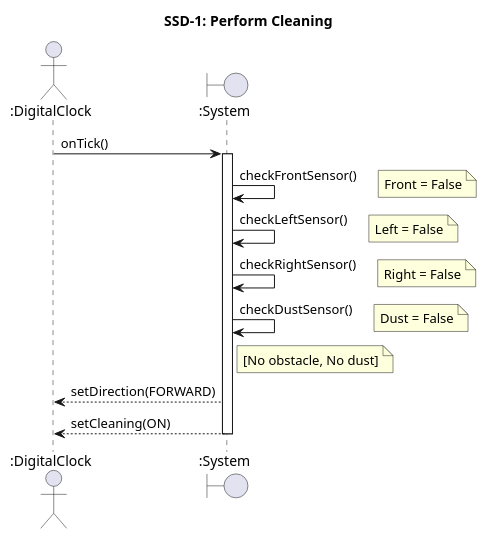
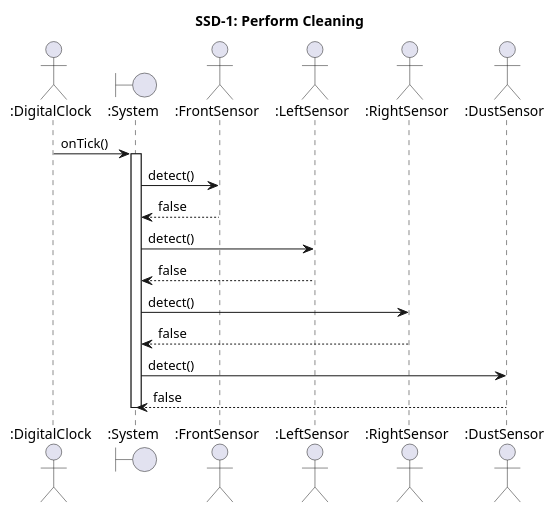
Before and after one commit to OOP-konkuk/CICD-Team7: the first of 4 diagrams in docs/vibe-coding/02-ooa/ssd.mdx, drawn with PlantUML. The commit also changed other lines of this file and 4 other files, not shown here.

````diff
--- a/docs/vibe-coding/02-ooa/ssd.mdx
+++ b/docs/vibe-coding/02-ooa/ssd.mdx
@@ -34,25 +35,24 @@
 ```plantuml
 @startuml SSD1_PerformCleaning
 title SSD-1: Perform Cleaning
 
 actor ":DigitalClock" as Clock
 boundary ":System" as Sys
+actor ":FrontSensor" as FS
+actor ":LeftSensor" as LS
+actor ":RightSensor" as RS
+actor ":DustSensor" as DS
 
 Clock -> Sys : onTick()
 activate Sys
-Sys -> Sys : checkFrontSensor()
-note right : Front = False
-Sys -> Sys : checkLeftSensor()
-note right : Left = False
-Sys -> Sys : checkRightSensor()
-note right : Right = False
-Sys -> Sys : checkDustSensor()
-note right : Dust = False
-note right of Sys
-  [No obstacle, No dust]
-end note
-Sys --> Clock : setDirection(FORWARD)
-Sys --> Clock : setCleaning(ON)
+Sys -> FS : detect()
+FS --> Sys : false
+Sys -> LS : detect()
+LS --> Sys : false
+Sys -> RS : detect()
+RS --> Sys : false
+Sys -> DS : detect()
+DS --> Sys : false
 deactivate Sys
 @enduml
 ```
````
